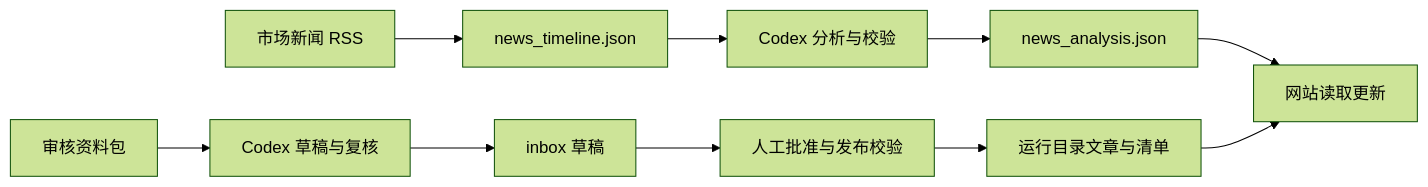
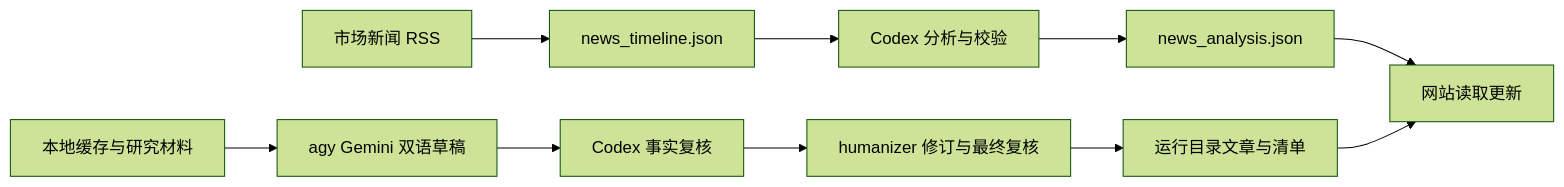
One commit to guiyang882/news-claw changed the diagram in docs/website-workflow.md. Above: the diagram before and after it, drawn with Mermaid (forest theme). The commit also changed other lines of this file and 29 other files, not shown here.

Commit message:
Add daily Gemini blog workflow with Codex review and full permissions

````diff
--- a/docs/website-workflow.md
+++ b/docs/website-workflow.md
@@ -7,12 +7,12 @@
 ```mermaid
 flowchart LR
     A[市场新闻 RSS] --> B[news_timeline.json]
     B --> C[Codex 分析与校验]
     C --> D[news_analysis.json]
     D --> E[网站读取更新]
-    F[审核资料包] --> G[Codex 草稿与复核]
-    G --> H[inbox 草稿]
-    H --> I[人工批准与发布校验]
+    F[本地缓存与研究材料] --> G[agy Gemini 双语草稿]
+    G --> H[Codex 事实复核]
+    H --> I[humanizer 修订与最终复核]
     I --> J[运行目录文章与清单]
     J --> E
 ```
````
